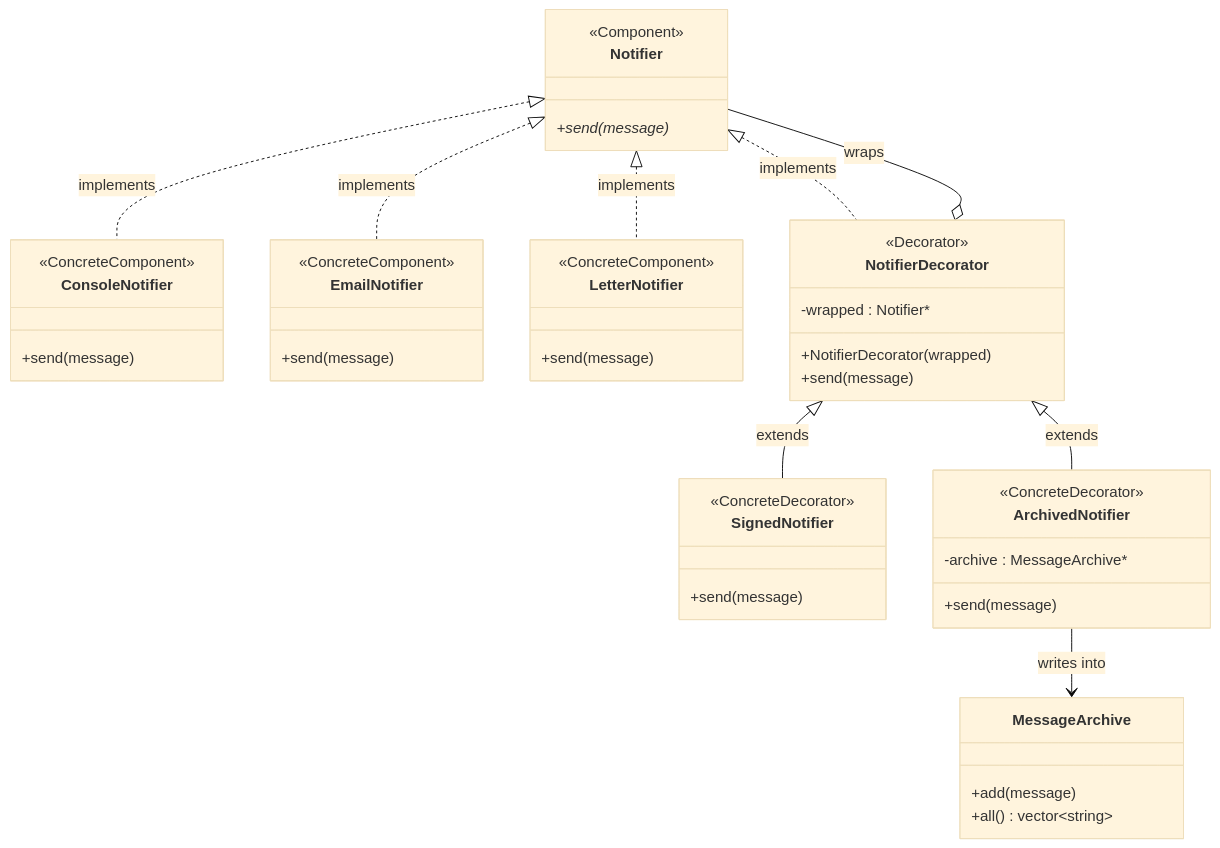
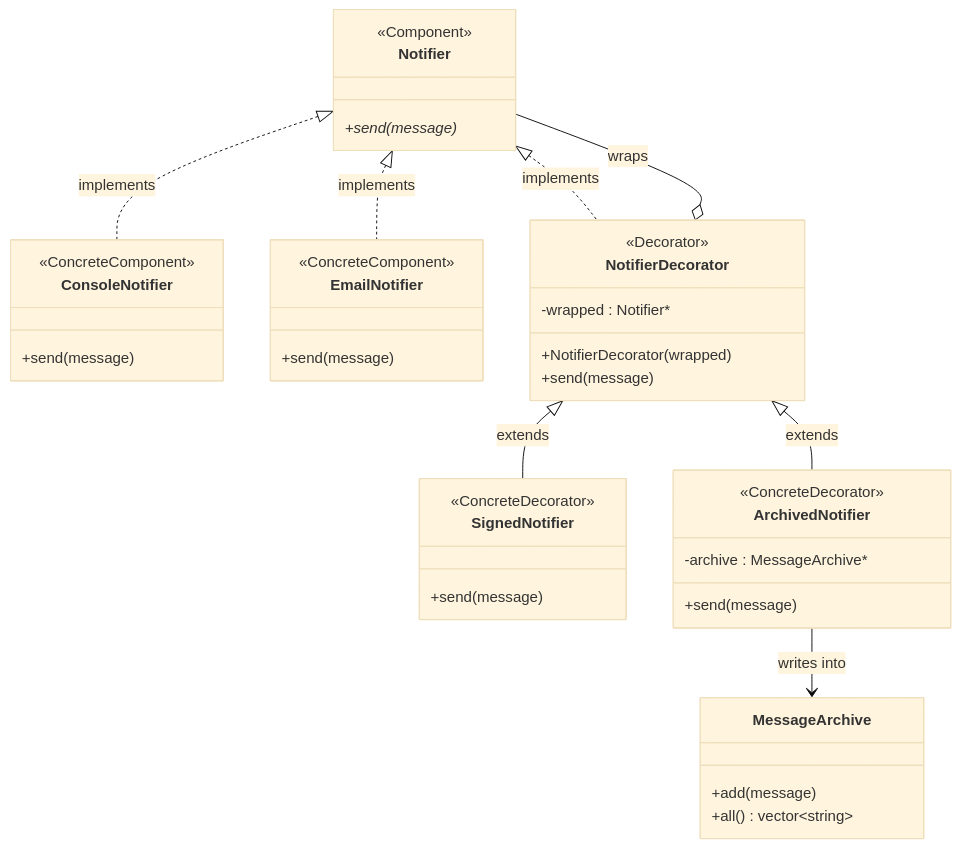
The third of 5 diagrams in Lab3/REPORT.md (EftodeAndreiFAF242/TMPS), drawn with Mermaid (base theme) before and after one commit. The commit also changed other lines of this file and 2 other files, not shown here.

````diff
--- a/Lab3/REPORT.md
+++ b/Lab3/REPORT.md
@@ -326,46 +230,41 @@
 ```mermaid
 classDiagram
     class Notifier {
         <<Component>>
         +send(message)*
     }
     class ConsoleNotifier {
         <<ConcreteComponent>>
         +send(message)
     }
     class EmailNotifier {
-        <<ConcreteComponent>>
-        +send(message)
-    }
-    class LetterNotifier {
         <<ConcreteComponent>>
         +send(message)
     }
     class NotifierDecorator {
         <<Decorator>>
         -wrapped : Notifier#42;
         +NotifierDecorator(wrapped)
         +send(message)
     }
     class SignedNotifier {
         <<ConcreteDecorator>>
         +send(message)
     }
     class ArchivedNotifier {
         <<ConcreteDecorator>>
         -archive : MessageArchive#42;
         +send(message)
     }
     class MessageArchive {
         +add(message)
         +all() vector~string~
     }
     Notifier <|.. ConsoleNotifier : implements
     Notifier <|.. EmailNotifier : implements
-    Notifier <|.. LetterNotifier : implements
     Notifier <|.. NotifierDecorator : implements
     NotifierDecorator o-- Notifier : wraps
     NotifierDecorator <|-- SignedNotifier : extends
     NotifierDecorator <|-- ArchivedNotifier : extends
     ArchivedNotifier --> MessageArchive : writes into
 ```
````
